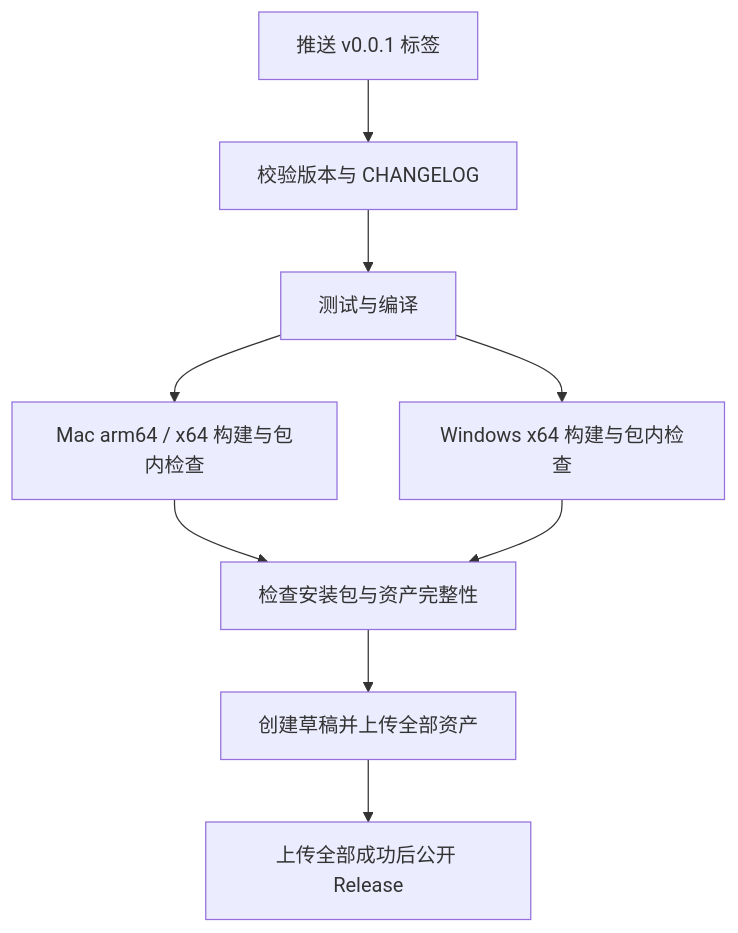
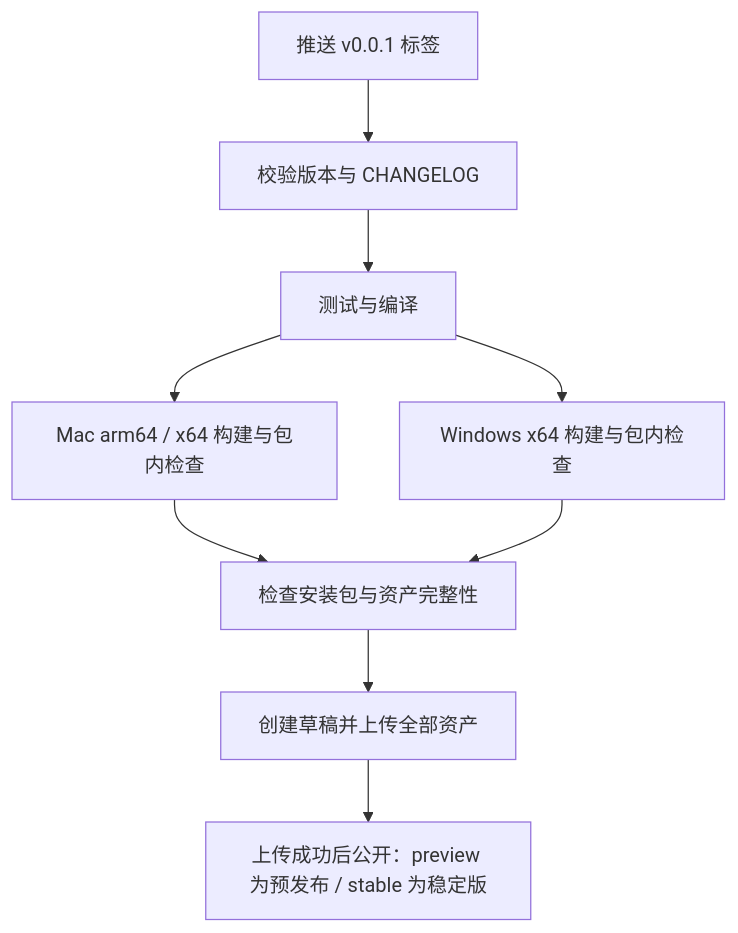
The diagram in docs/多平台构建与发版方案.md (uprxiao/SmartDD), drawn with Mermaid before and after one commit. The commit also changed other lines of this file and 12 other files, not shown here.

````diff
--- a/docs/多平台构建与发版方案.md
+++ b/docs/多平台构建与发版方案.md
@@ -100,11 +100,11 @@
 ```mermaid
 flowchart TD
     A[推送 v0.0.1 标签] --> B[校验版本与 CHANGELOG]
     B --> C[测试与编译]
     C --> E[Mac arm64 / x64 构建与包内检查]
     C --> F[Windows x64 构建与包内检查]
     E --> G[检查安装包与资产完整性]
     F --> G
     G --> D[创建草稿并上传全部资产]
-    D --> H[上传全部成功后公开 Release]
+    D --> H[上传成功后公开：preview 为预发布 / stable 为稳定版]
 ```
````
